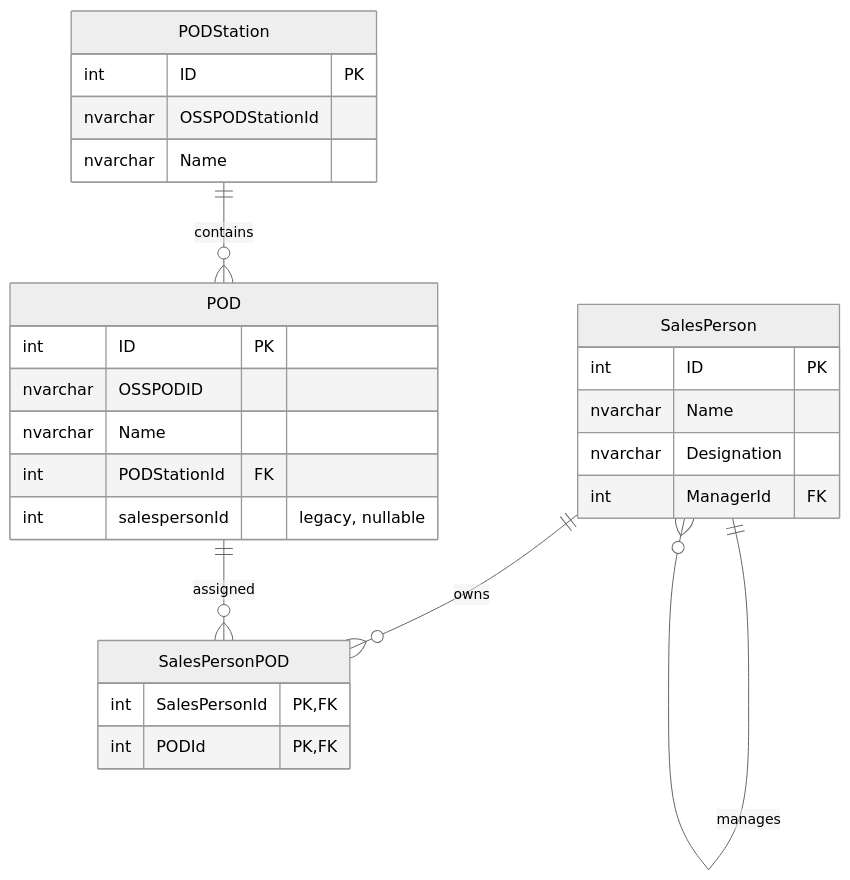
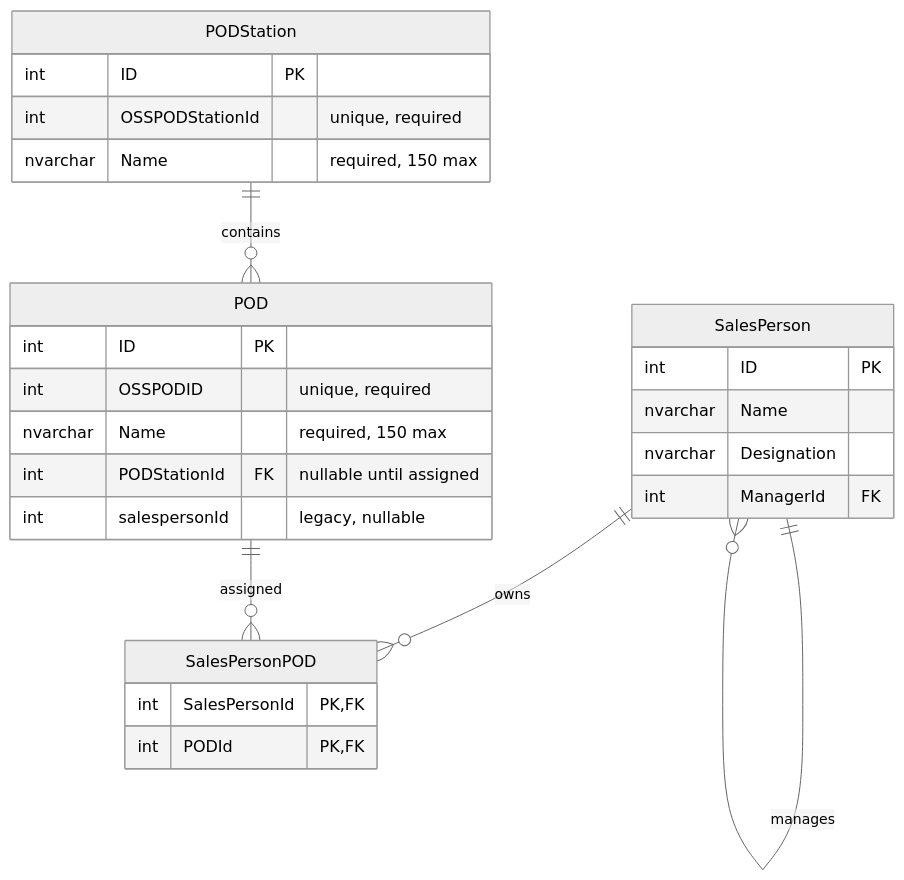
One commit to bibekpandey0521/SalesHierarchy changed the first of 2 diagrams in docs/REPORTING-HIERARCHY-AND-POD.md. Above: the diagram before and after it, drawn with Mermaid (neutral theme). The commit also changed other lines of this file and 158 other files, not shown here.

````diff
--- a/docs/REPORTING-HIERARCHY-AND-POD.md
+++ b/docs/REPORTING-HIERARCHY-AND-POD.md
@@ -38,30 +38,30 @@
 ```mermaid
 erDiagram
     PODStation ||--o{ POD : contains
     SalesPerson ||--o{ SalesPerson : manages
     SalesPerson ||--o{ SalesPersonPOD : owns
     POD ||--o{ SalesPersonPOD : assigned
 
     SalesPerson {
         int ID PK
         nvarchar Name
         nvarchar Designation
         int ManagerId FK
     }
     PODStation {
         int ID PK
-        nvarchar OSSPODStationId
-        nvarchar Name
+        int OSSPODStationId "unique, required"
+        nvarchar Name "required, 150 max"
     }
     POD {
         int ID PK
-        nvarchar OSSPODID
-        nvarchar Name
-        int PODStationId FK
+        int OSSPODID "unique, required"
+        nvarchar Name "required, 150 max"
+        int PODStationId FK "nullable until assigned"
         int salespersonId "legacy, nullable"
     }
     SalesPersonPOD {
         int SalesPersonId PK,FK
         int PODId PK,FK
     }
 ```
````
